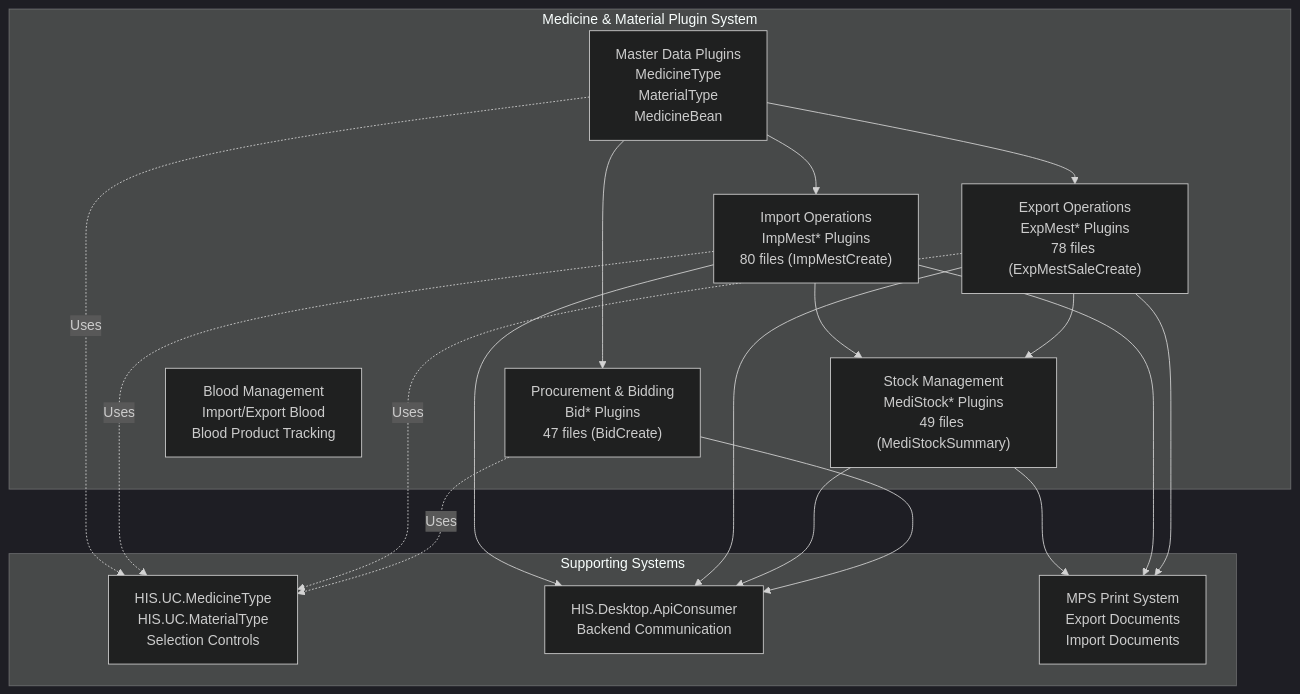
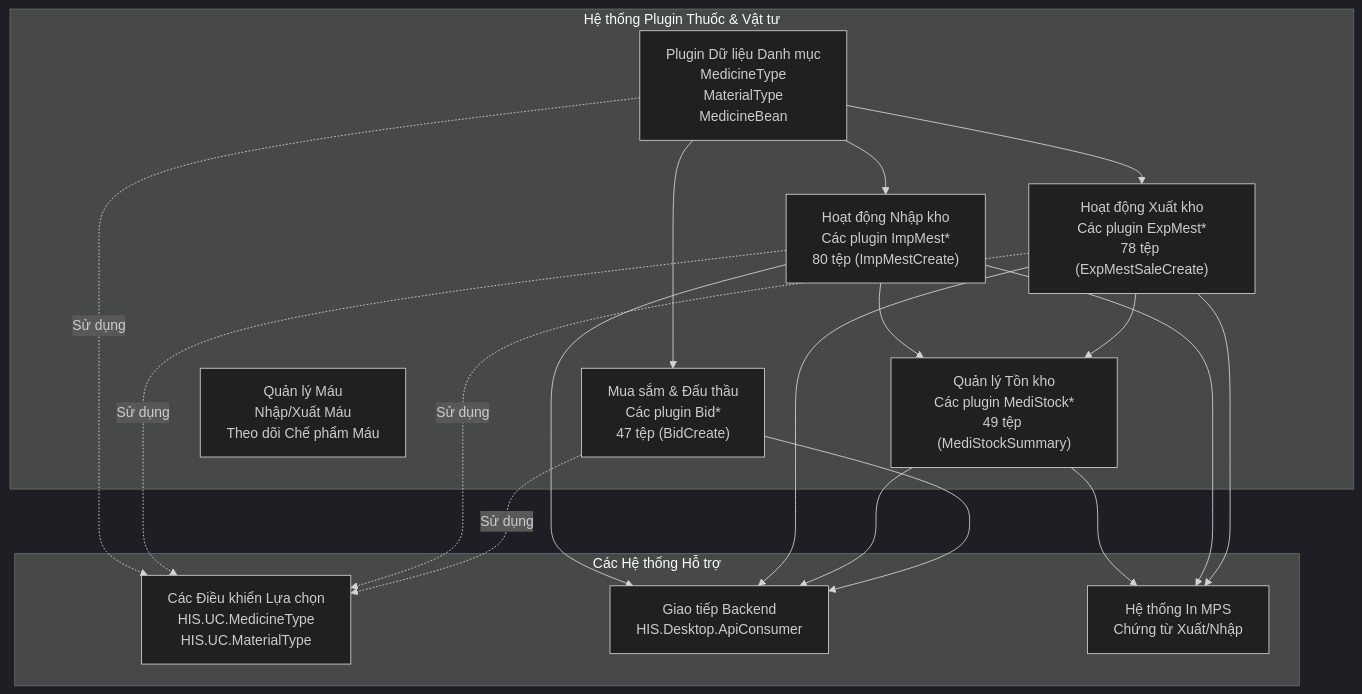
Before and after one commit to thangpnb/HIS: the first of 8 diagrams in docs/his-ba-documentation/03-business-domains/pharmacy/medicine-material.md, drawn with Mermaid (dark theme). The commit also changed other lines of this file and 30 other files, not shown here.

Commit message:
Refactor architecture docs and update translations

````diff
--- a/docs/his-ba-documentation/03-business-domains/pharmacy/medicine-material.md
+++ b/docs/his-ba-documentation/03-business-domains/pharmacy/medicine-material.md
@@ -11,36 +11,36 @@
 ```mermaid
 graph TB
-    subgraph "Medicine & Material Plugin System"
-        MasterData["Master Data Plugins<br/>MedicineType<br/>MaterialType<br/>MedicineBean"]
-        Import["Import Operations<br/>ImpMest* Plugins<br/>80 files (ImpMestCreate)"]
-        Export["Export Operations<br/>ExpMest* Plugins<br/>78 files (ExpMestSaleCreate)"]
-        Stock["Stock Management<br/>MediStock* Plugins<br/>49 files (MediStockSummary)"]
-        Bid["Procurement & Bidding<br/>Bid* Plugins<br/>47 files (BidCreate)"]
-        Blood["Blood Management<br/>Import/Export Blood<br/>Blood Product Tracking"]
+    subgraph "Hệ thống Plugin Thuốc & Vật tư"
+        MasterData["Plugin Dữ liệu Danh mục<br/>MedicineType<br/>MaterialType<br/>MedicineBean"]
+        Import["Hoạt động Nhập kho<br/>Các plugin ImpMest*<br/>80 tệp (ImpMestCreate)"]
+        Export["Hoạt động Xuất kho<br/>Các plugin ExpMest*<br/>78 tệp (ExpMestSaleCreate)"]
+        Stock["Quản lý Tồn kho<br/>Các plugin MediStock*<br/>49 tệp (MediStockSummary)"]
+        Bid["Mua sắm & Đấu thầu<br/>Các plugin Bid*<br/>47 tệp (BidCreate)"]
+        Blood["Quản lý Máu<br/>Nhập/Xuất Máu<br/>Theo dõi Chế phẩm Máu"]
     end
     
-    subgraph "Supporting Systems"
-        UC["HIS.UC.MedicineType<br/>HIS.UC.MaterialType<br/>Selection Controls"]
-        API["HIS.Desktop.ApiConsumer<br/>Backend Communication"]
-        MPS["MPS Print System<br/>Export Documents<br/>Import Documents"]
+    subgraph "Các Hệ thống Hỗ trợ"
+        UC["Các Điều khiển Lựa chọn<br/>HIS.UC.MedicineType<br/>HIS.UC.MaterialType"]
+        API["Giao tiếp Backend<br/>HIS.Desktop.ApiConsumer"]
+        MPS["Hệ thống In MPS<br/>Chứng từ Xuất/Nhập"]
     end
     
     MasterData --> Import
     MasterData --> Export
     MasterData --> Bid
     Import --> Stock
     Export --> Stock
     Stock --> MPS
     Import --> MPS
     Export --> MPS
     
-    MasterData -.->|Uses| UC
-    Import -.->|Uses| UC
-    Export -.->|Uses| UC
-    Bid -.->|Uses| UC
+    MasterData -.->|Sử dụng| UC
+    Import -.->|Sử dụng| UC
+    Export -.->|Sử dụng| UC
+    Bid -.->|Sử dụng| UC
     
     Import --> API
     Export --> API
     Stock --> API
     Bid --> API
 ```
````
